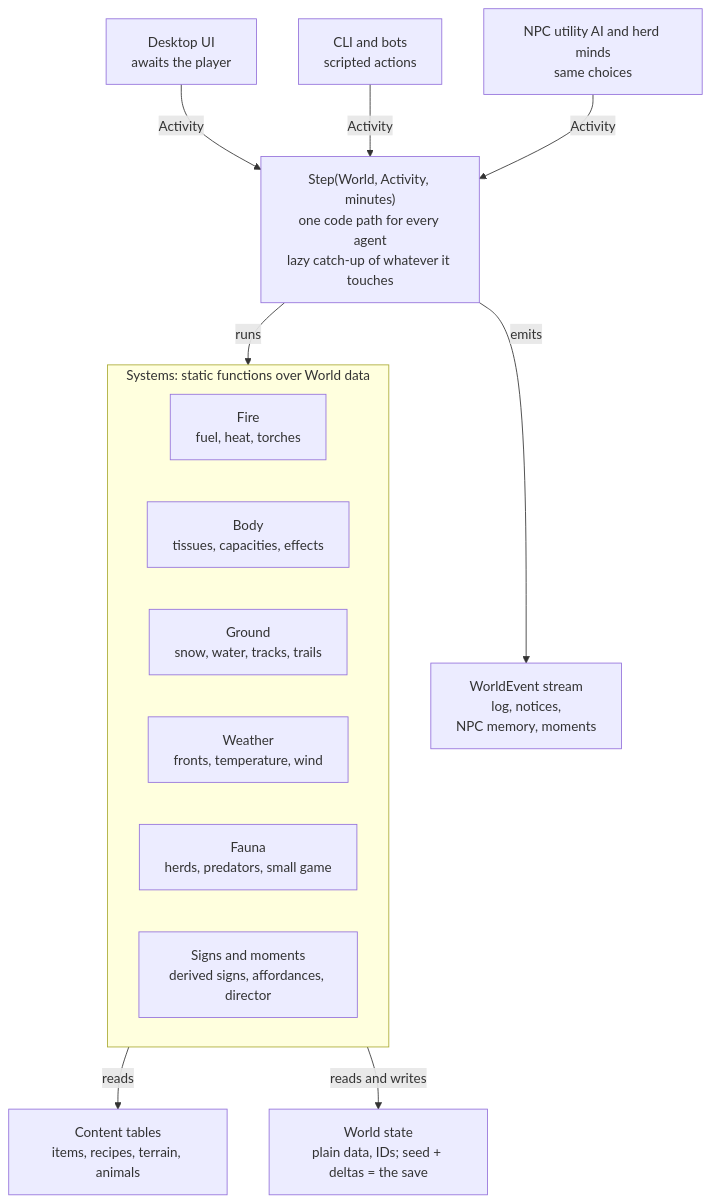
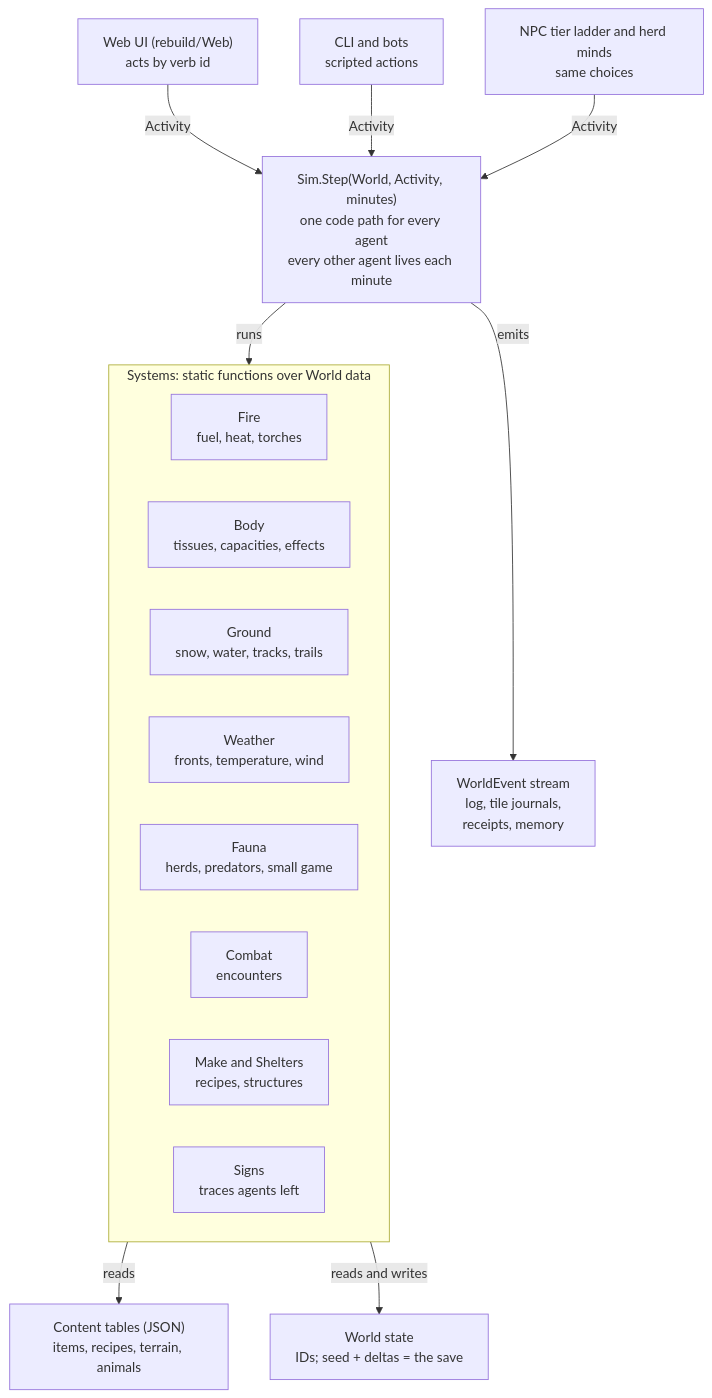
The diagram in documentation/clean-room-architecture.md (JackSwingle01/text_survival), drawn with Mermaid before and after one commit. The commit also changed other lines of this file and 1 other file, not shown here.

Commit message:
Architecture: 'Where things go' guide (home, rule, example, enforcement and today's touch points for each kind of feature); superseded parts of the clean-room doc marked; CLAUDE.md points every feature at the guide

````diff
--- a/documentation/clean-room-architecture.md
+++ b/documentation/clean-room-architecture.md
@@ -105,19 +258,21 @@
 ```mermaid
 flowchart TD
-    UI["Desktop UI<br/>awaits the player"] -->|Activity| Step
+    UI["Web UI (rebuild/Web)<br/>acts by verb id"] -->|Activity| Step
     CLI["CLI and bots<br/>scripted actions"] -->|Activity| Step
-    NPC["NPC utility AI and herd minds<br/>same choices"] -->|Activity| Step
-    Step["Step(World, Activity, minutes)<br/>one code path for every agent<br/>lazy catch-up of whatever it touches"]
-    Step -->|emits| Stream["WorldEvent stream<br/>log, notices,<br/>NPC memory, moments"]
+    NPC["NPC tier ladder and herd minds<br/>same choices"] -->|Activity| Step
+    Step["Sim.Step(World, Activity, minutes)<br/>one code path for every agent<br/>every other agent lives each minute"]
+    Step -->|emits| Stream["WorldEvent stream<br/>log, tile journals,<br/>receipts, memory"]
     Step -->|runs| Systems
     subgraph Systems["Systems: static functions over World data"]
         Fire["Fire<br/>fuel, heat, torches"]
         Body["Body<br/>tissues, capacities, effects"]
         Ground["Ground<br/>snow, water, tracks, trails"]
         Weather["Weather<br/>fronts, temperature, wind"]
         Fauna["Fauna<br/>herds, predators, small game"]
-        Events["Signs and moments<br/>derived signs, affordances, director"]
+        Combat["Combat<br/>encounters"]
+        Make["Make and Shelters<br/>recipes, structures"]
+        Signs["Signs<br/>traces agents left"]
     end
-    Systems -->|reads| Content["Content tables<br/>items, recipes, terrain, animals"]
-    Systems -->|reads and writes| World["World state<br/>plain data, IDs; seed + deltas = the save"]
+    Systems -->|reads| Content["Content tables (JSON)<br/>items, recipes, terrain, animals"]
+    Systems -->|reads and writes| World["World state<br/>IDs; seed + deltas = the save"]
 ```
````
